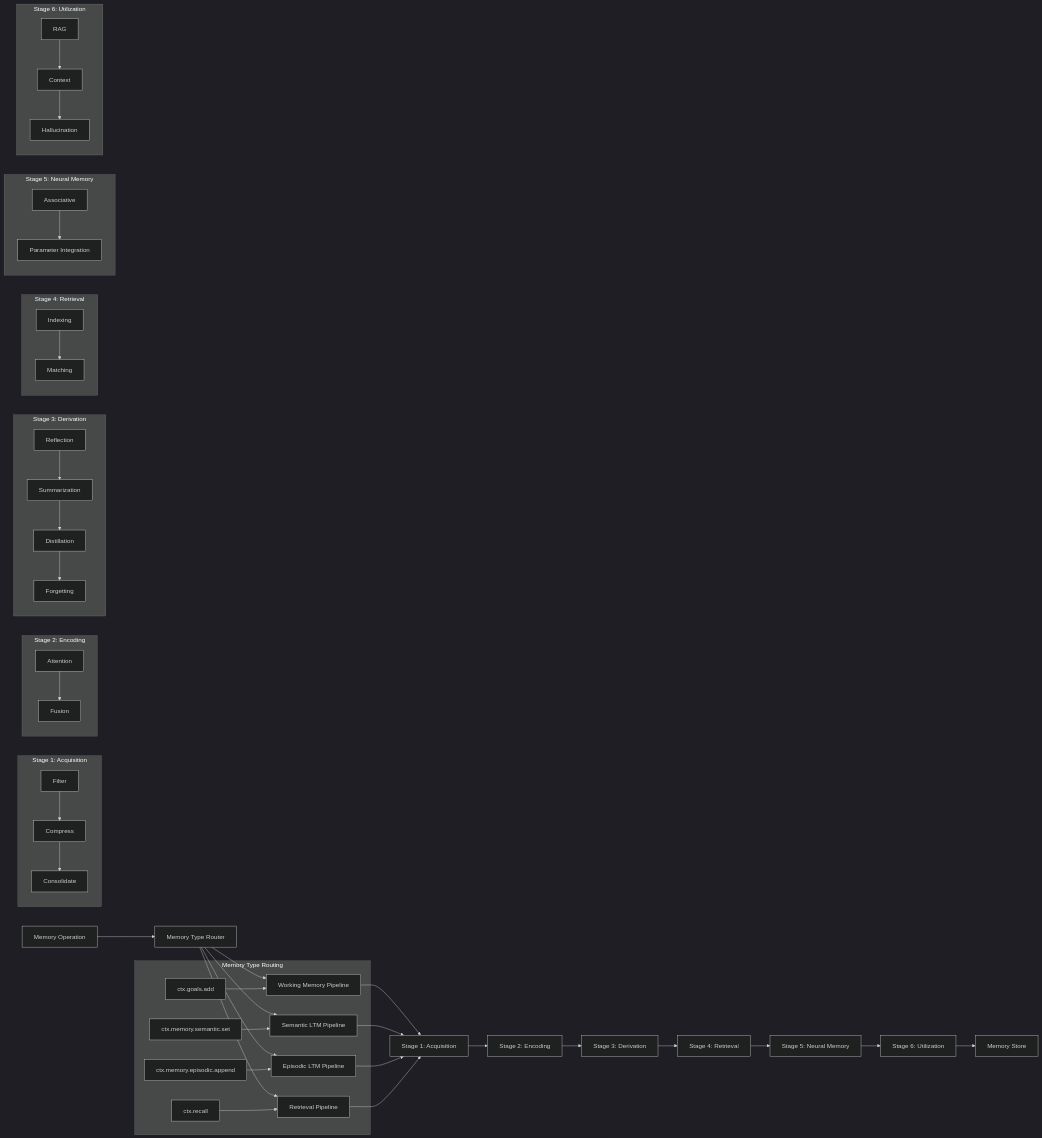
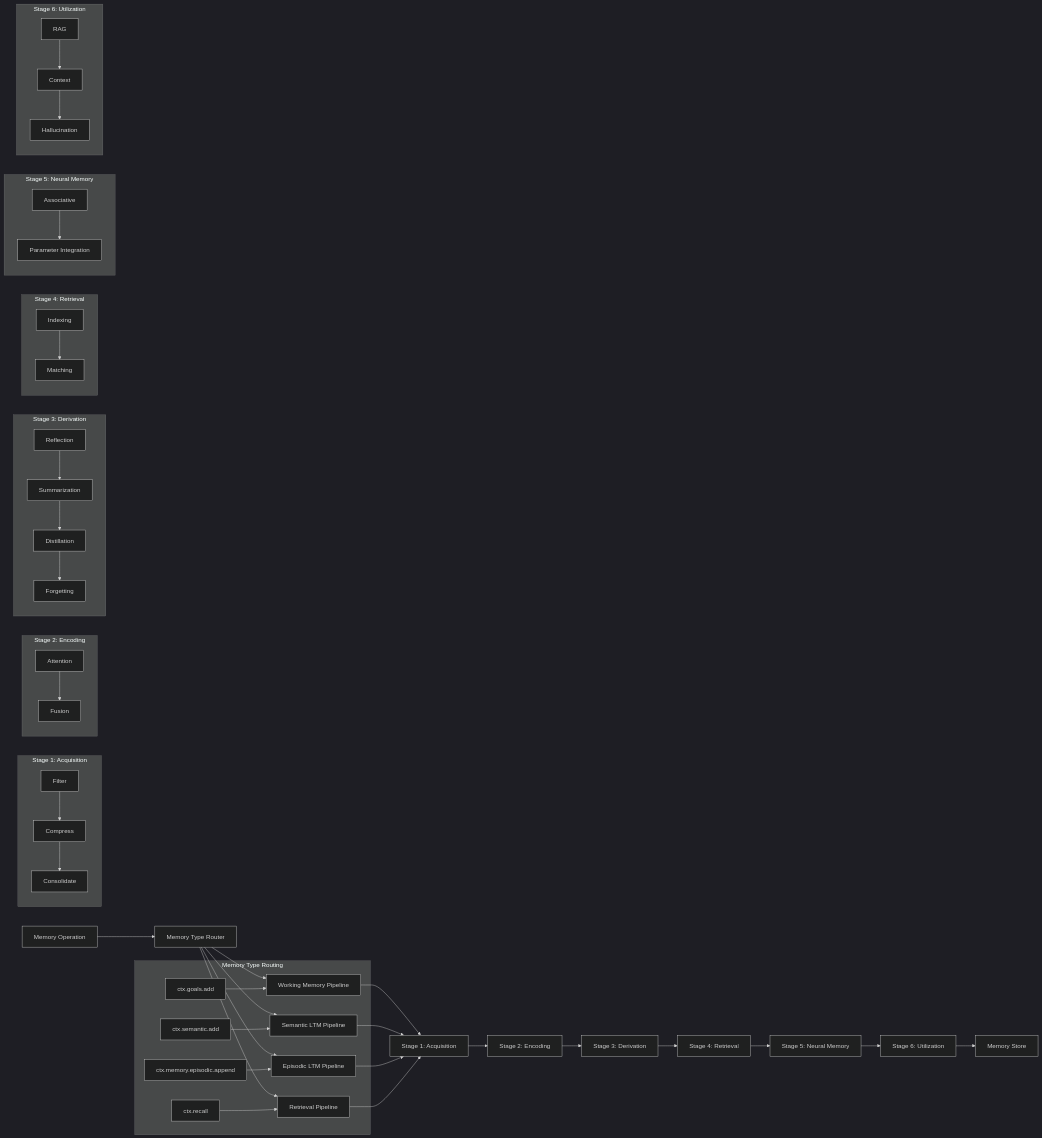
Before and after one commit to a2arium/callAgent: the diagram in apps/docs/memory/mlo-architecture.md, drawn with Mermaid (dark theme). The commit also changed other lines of this file and 45 other files, not shown here.

````diff
--- a/apps/docs/memory/mlo-architecture.md
+++ b/apps/docs/memory/mlo-architecture.md
@@ -11,51 +11,51 @@
 ```mermaid
 graph LR
     A[Memory Operation] --> B[Memory Type Router]
     B --> C1[Working Memory Pipeline]
     B --> C2[Semantic LTM Pipeline]
     B --> C3[Episodic LTM Pipeline]
     B --> C4[Retrieval Pipeline]
     
     C1 --> D[Stage 1: Acquisition]
     C2 --> D
     C3 --> D
     C4 --> D
     
     D --> E[Stage 2: Encoding]
     E --> F[Stage 3: Derivation]
     F --> G[Stage 4: Retrieval]
     G --> H[Stage 5: Neural Memory]
     H --> I[Stage 6: Utilization]
     I --> J[Memory Store]
     
     subgraph "Memory Type Routing"
         B1[ctx.goals.add] --> C1
-        B2[ctx.memory.semantic.set] --> C2
+        B2[ctx.semantic.add] --> C2
         B3[ctx.memory.episodic.append] --> C3
         B4[ctx.recall] --> C4
     end
     
     subgraph "Stage 1: Acquisition"
         D1[Filter] --> D2[Compress] --> D3[Consolidate]
     end
     
     subgraph "Stage 2: Encoding"
         E1[Attention] --> E2[Fusion]
     end
     
     subgraph "Stage 3: Derivation"
         F1[Reflection] --> F2[Summarization] --> F3[Distillation] --> F4[Forgetting]
     end
     
     subgraph "Stage 4: Retrieval"
         G1[Indexing] --> G2[Matching]
     end
     
     subgraph "Stage 5: Neural Memory"
         H1[Associative] --> H2[Parameter Integration]
     end
     
     subgraph "Stage 6: Utilization"
         I1[RAG] --> I2[Context] --> I3[Hallucination]
     end
 ```
````
